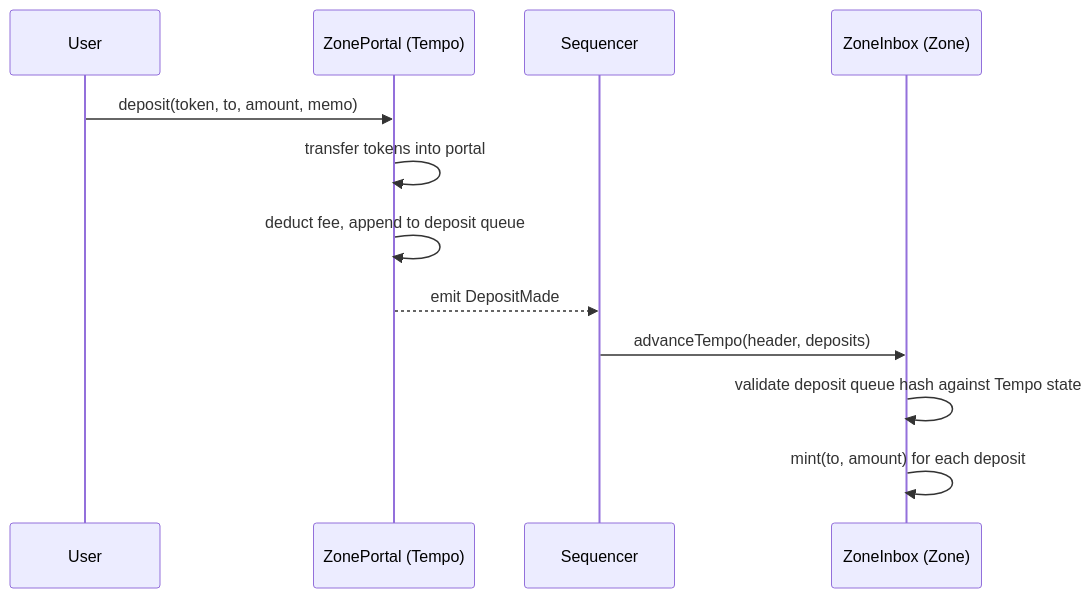
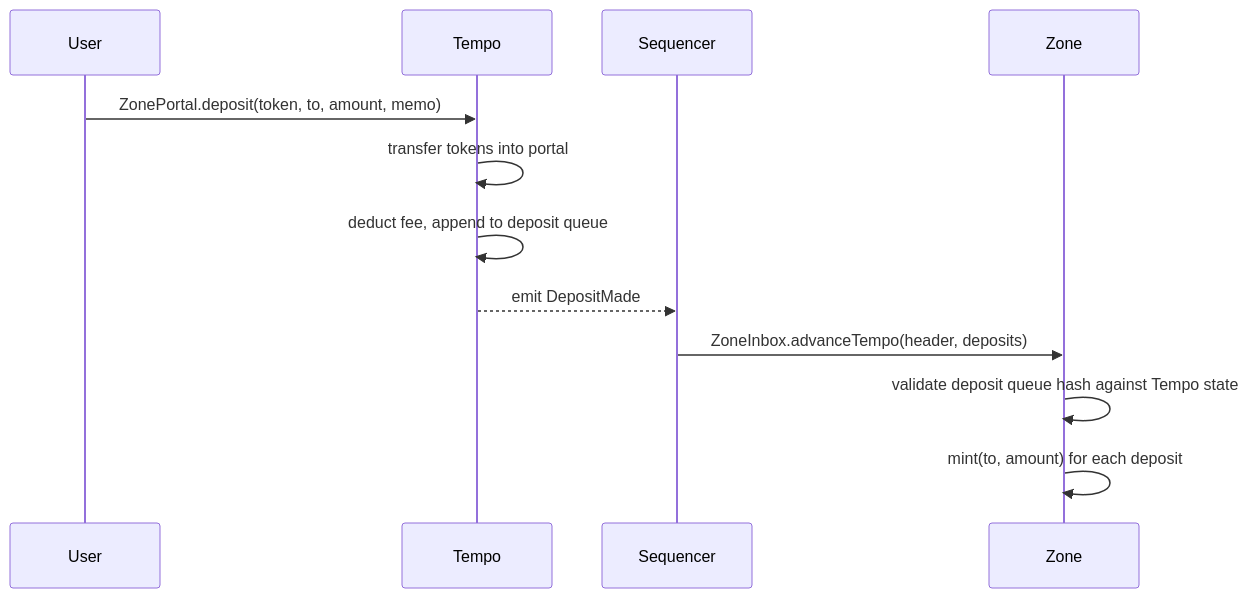
One commit to tempoxyz/zones changed the second of 4 diagrams in docs/specs/zone_spec.md. Above: the diagram before and after it, drawn with Mermaid. The commit also changed other lines of this file, not shown here.

Commit message:
docs: update sequence diagrams

````diff
--- a/docs/specs/zone_spec.md
+++ b/docs/specs/zone_spec.md
@@ -299,16 +300,16 @@
 ```mermaid
 sequenceDiagram
     participant User
-    participant ZonePortal as ZonePortal (Tempo)
+    participant Tempo
     participant Sequencer
-    participant ZoneInbox as ZoneInbox (Zone)
+    participant Zone
 
-    User->>ZonePortal: deposit(token, to, amount, memo)
-    ZonePortal->>ZonePortal: transfer tokens into portal
-    ZonePortal->>ZonePortal: deduct fee, append to deposit queue
-    ZonePortal-->>Sequencer: emit DepositMade
+    User->>Tempo: ZonePortal.deposit(token, to, amount, memo)
+    Tempo->>Tempo: transfer tokens into portal
+    Tempo->>Tempo: deduct fee, append to deposit queue
+    Tempo-->>Sequencer: emit DepositMade
 
-    Sequencer->>ZoneInbox: advanceTempo(header, deposits)
-    ZoneInbox->>ZoneInbox: validate deposit queue hash against Tempo state
-    ZoneInbox->>ZoneInbox: mint(to, amount) for each deposit
+    Sequencer->>Zone: ZoneInbox.advanceTempo(header, deposits)
+    Zone->>Zone: validate deposit queue hash against Tempo state
+    Zone->>Zone: mint(to, amount) for each deposit
 ```
````
